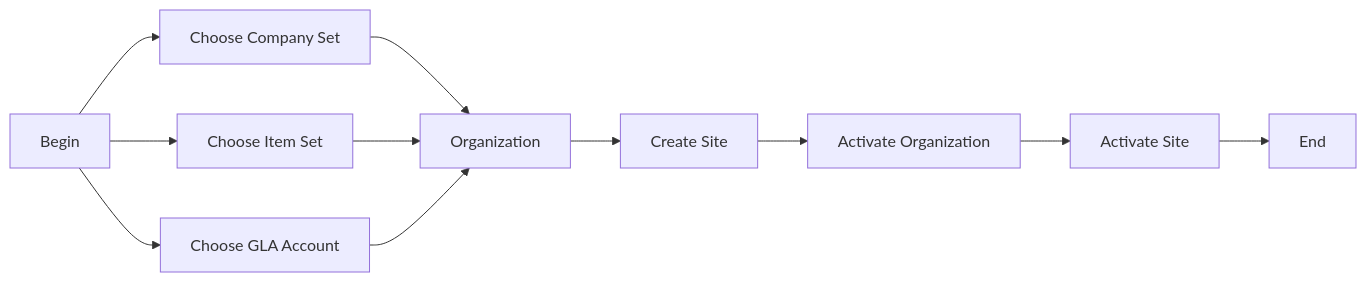
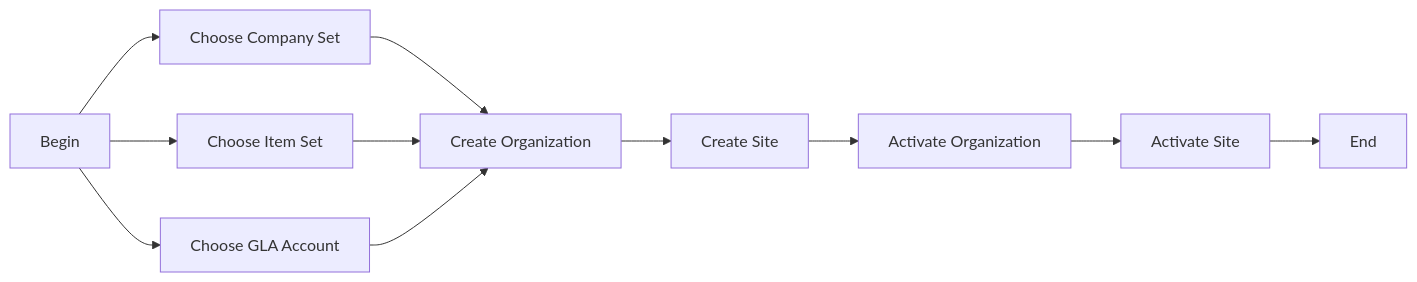
One commit to codersyacht/maximo-knowledge-center changed the diagram in maximo/administration/organizations/01-organization-definition.md. Above: the diagram before and after it, drawn with Mermaid.

Commit message:
01-organization-definition.md

````diff
--- a/maximo/administration/organizations/01-organization-definition.md
+++ b/maximo/administration/organizations/01-organization-definition.md
@@ -15,13 +15,13 @@
 ```mermaid
 graph LR
 A[Begin]-->B[Choose Company Set]
 A[Begin]-->C[Choose Item Set]
 A[Begin]-->D[Choose GLA Account]
-B-->E[Organization]
+B-->E[Create Organization]
 C-->E
 D-->E
 E-->F[Create Site]
 F-->G[Activate Organization]
 G-->H[Activate Site]
 H--> I[End]
 ```
````
